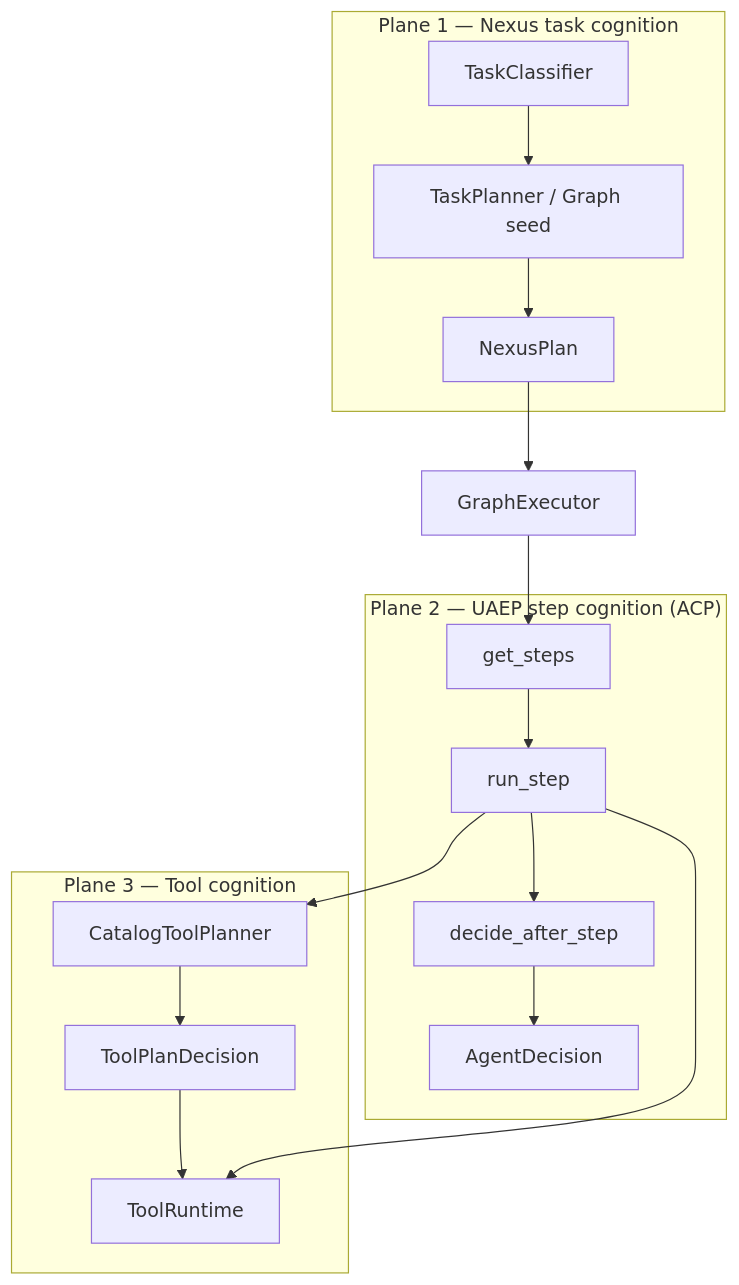
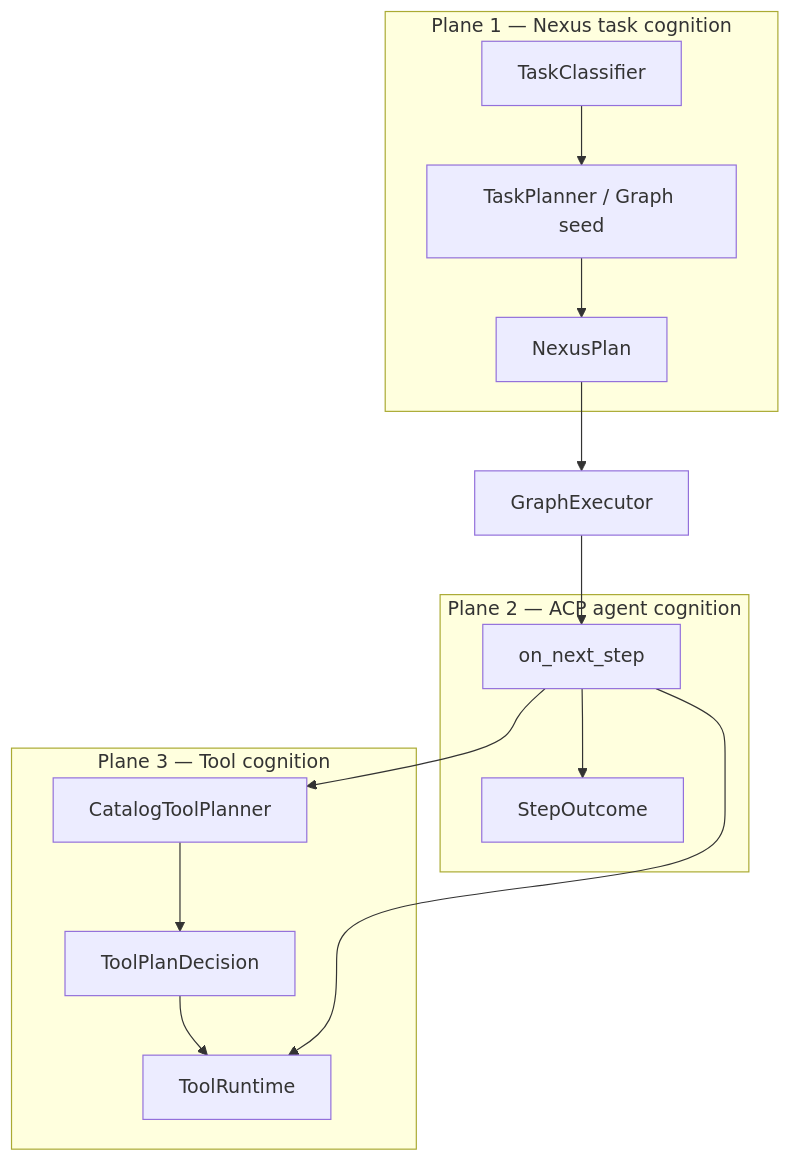
One commit to jakbuczarnecki/intergrax changed the first of 6 diagrams in docs/architecture/AGENT_CONTRACTS_AND_ASSEMBLY.md. Above: the diagram before and after it, drawn with Mermaid. The commit also changed other lines of this file and 6 other files, not shown here.

````diff
--- a/docs/architecture/AGENT_CONTRACTS_AND_ASSEMBLY.md
+++ b/docs/architecture/AGENT_CONTRACTS_AND_ASSEMBLY.md
@@ -556,29 +556,27 @@
 ```mermaid
 flowchart TB
     subgraph P1["Plane 1 — Nexus task cognition"]
         TC[TaskClassifier]
         TP[TaskPlanner / Graph seed]
         NP[NexusPlan]
         TC --> TP --> NP
     end
 
-    subgraph P2["Plane 2 — UAEP step cognition (ACP)"]
-        GS[get_steps]
-        RS[run_step]
-        DA[decide_after_step]
-        AD[AgentDecision]
-        GS --> RS --> DA --> AD
+    subgraph P2["Plane 2 — ACP agent cognition"]
+        ONS[on_next_step]
+        SO[StepOutcome]
+        ONS --> SO
     end
 
     subgraph P3["Plane 3 — Tool cognition"]
         CTP[CatalogToolPlanner]
         TPD[ToolPlanDecision]
         TR[ToolRuntime]
         CTP --> TPD --> TR
     end
 
     NP --> GE[GraphExecutor]
-    GE --> GS
-    RS --> CTP
-    RS --> TR
+    GE --> ONS
+    ONS --> CTP
+    ONS --> TR
 ```
````
